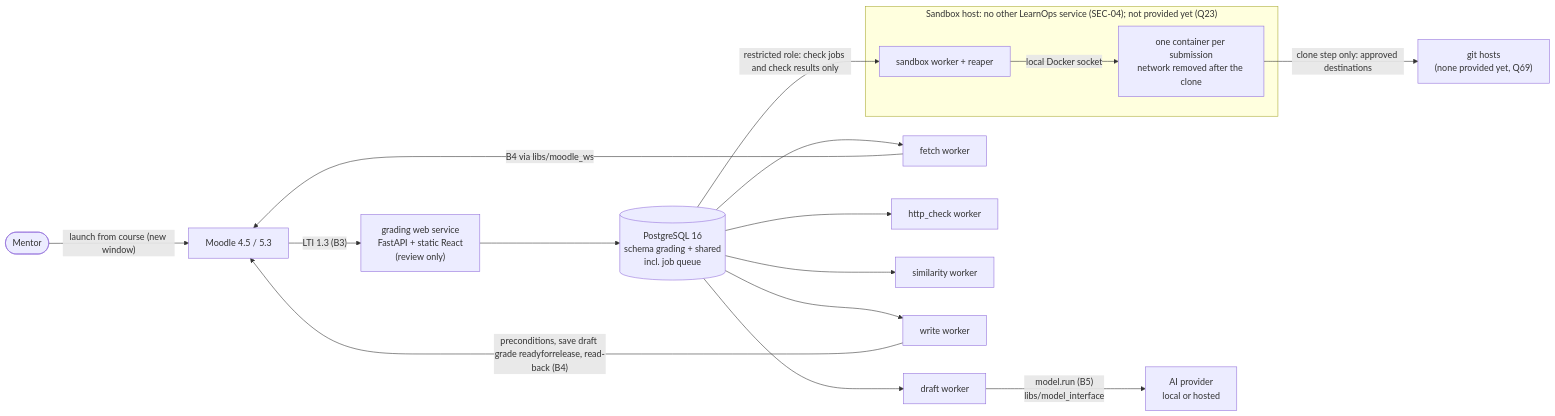
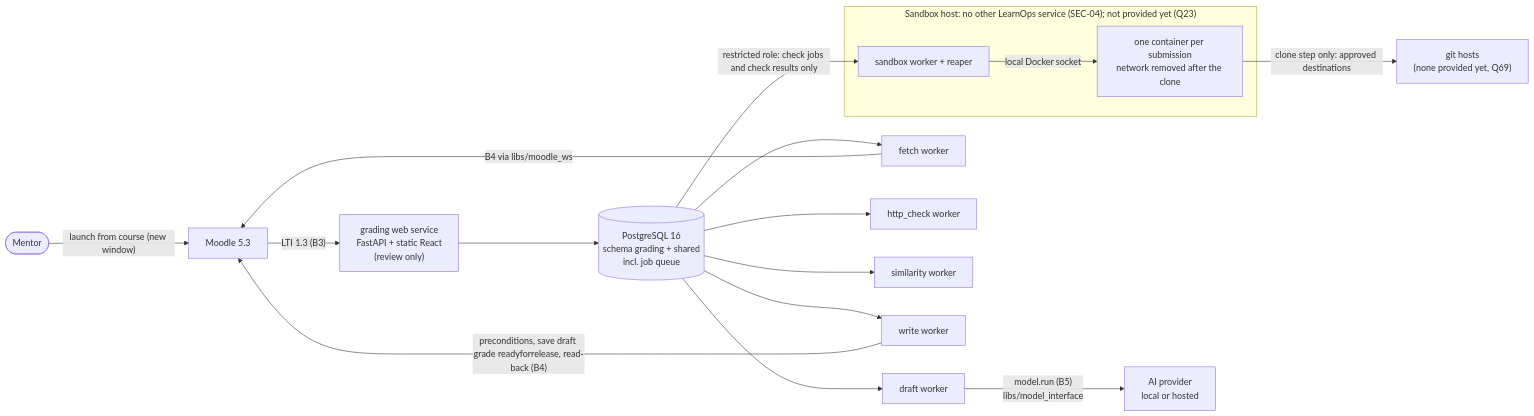
The diagram in docs/design/grading.md (narenccode/learnops), drawn with Mermaid before and after one commit. The commit also changed other lines of this file, not shown here.

````diff
--- a/docs/design/grading.md
+++ b/docs/design/grading.md
@@ -96,19 +98,19 @@
 ```mermaid
 flowchart LR
- MENTOR(["Mentor"]) -- "launch from course (new window)" --> MOODLE["Moodle 4.5 / 5.3"]
+ MENTOR(["Mentor"]) -- "launch from course (new window)" --> MOODLE["Moodle 5.3"]
  MOODLE -- "LTI 1.3 (B3)" --> WEB["grading web service<br/>FastAPI + static React<br/>(review only)"]
  WEB --> DB[("PostgreSQL 16<br/>schema grading + shared<br/>incl. job queue")]
  DB --> FETCH["fetch worker"]
  DB --> HTTP["http_check worker"]
  DB --> DRAFT["draft worker"]
  DB --> SIM["similarity worker"]
  DB --> WRITE["write worker"]
  DB -- "restricted role: check jobs and check results only" --> SBW
  FETCH -- "B4 via libs/moodle_ws" --> MOODLE
  WRITE -- "preconditions, save draft grade readyforrelease, read-back (B4)" --> MOODLE
  DRAFT -- "model.run (B5)<br/>libs/model_interface" --> AI["AI provider<br/>local or hosted"]
  subgraph SBH["Sandbox host: no other LearnOps service (SEC-04); not provided yet (Q23)"]
   SBW["sandbox worker + reaper"] -- "local Docker socket" --> CB["one container per submission<br/>network removed after the clone"]
  end
  CB -- "clone step only: approved destinations" --> GIT["git hosts<br/>(none provided yet, Q69)"]
 ```
````
